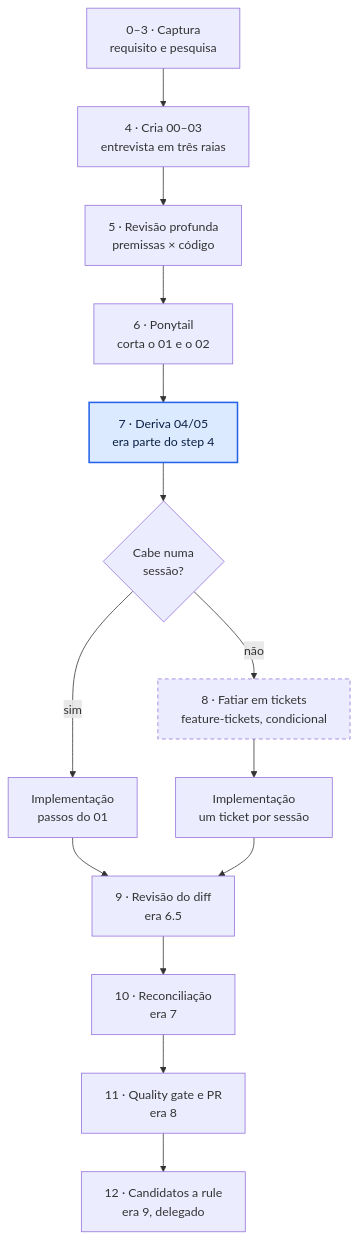
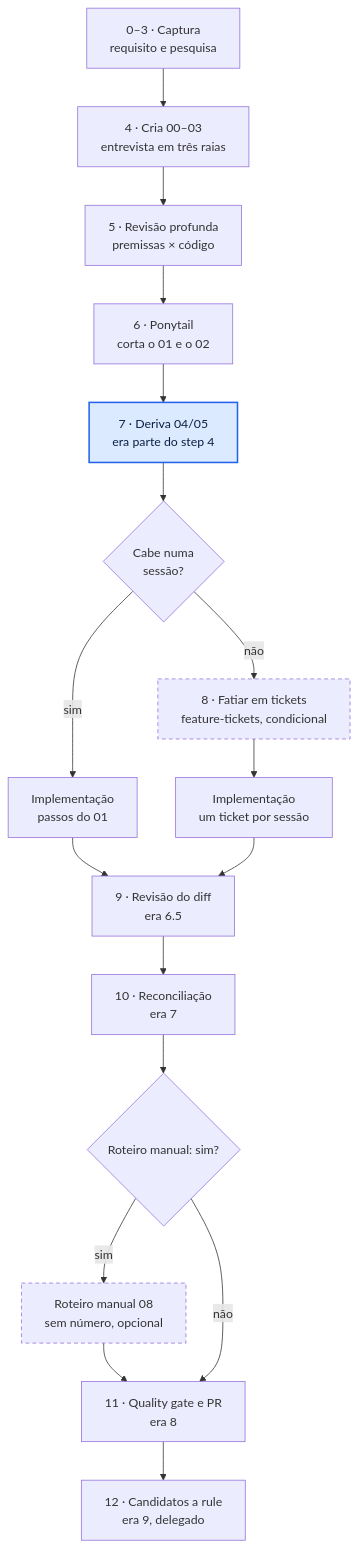
The diagram in README.md (gsferro/laravel-ai-skills), drawn with Mermaid before and after one commit. The commit also changed other lines of this file and 18 other files, not shown here.

First line of the commit message:
:sparkles: feat(skills): adicione roteiro de teste manual opcional

````diff
--- a/README.md
+++ b/README.md
@@ -237,20 +258,23 @@
 ```mermaid
 flowchart TD
     S03["0–3 · Captura<br/>requisito e pesquisa"] --> S4["4 · Cria 00–03<br/>entrevista em três raias"]
     S4 --> S5["5 · Revisão profunda<br/>premissas × código"]
     S5 --> S6["6 · Ponytail<br/>corta o 01 e o 02"]
     S6 --> S7["7 · Deriva 04/05<br/>era parte do step 4"]
     S7 --> D{"Cabe numa<br/>sessão?"}
     D -- sim --> IMP["Implementação<br/>passos do 01"]
     D -- não --> S8["8 · Fatiar em tickets<br/>feature-tickets, condicional"]
     S8 --> IMPT["Implementação<br/>um ticket por sessão"]
     IMP --> S9["9 · Revisão do diff<br/>era 6.5"]
     IMPT --> S9
     S9 --> S10["10 · Reconciliação<br/>era 7"]
-    S10 --> S11["11 · Quality gate e PR<br/>era 8"]
+    S10 --> D08{"Roteiro manual: sim?"}
+    D08 -- sim --> RM08["Roteiro manual 08<br/>sem número, opcional"]
+    RM08 --> S11["11 · Quality gate e PR<br/>era 8"]
+    D08 -- não --> S11
     S11 --> S12["12 · Candidatos a rule<br/>era 9, delegado"]
     classDef movido fill:#dbeafe,stroke:#2563eb,stroke-width:2px,color:#0b1f44
     classDef condicional stroke-dasharray:5 4
     class S7 movido
-    class S8 condicional
+    class S8,RM08 condicional
 ```
````
